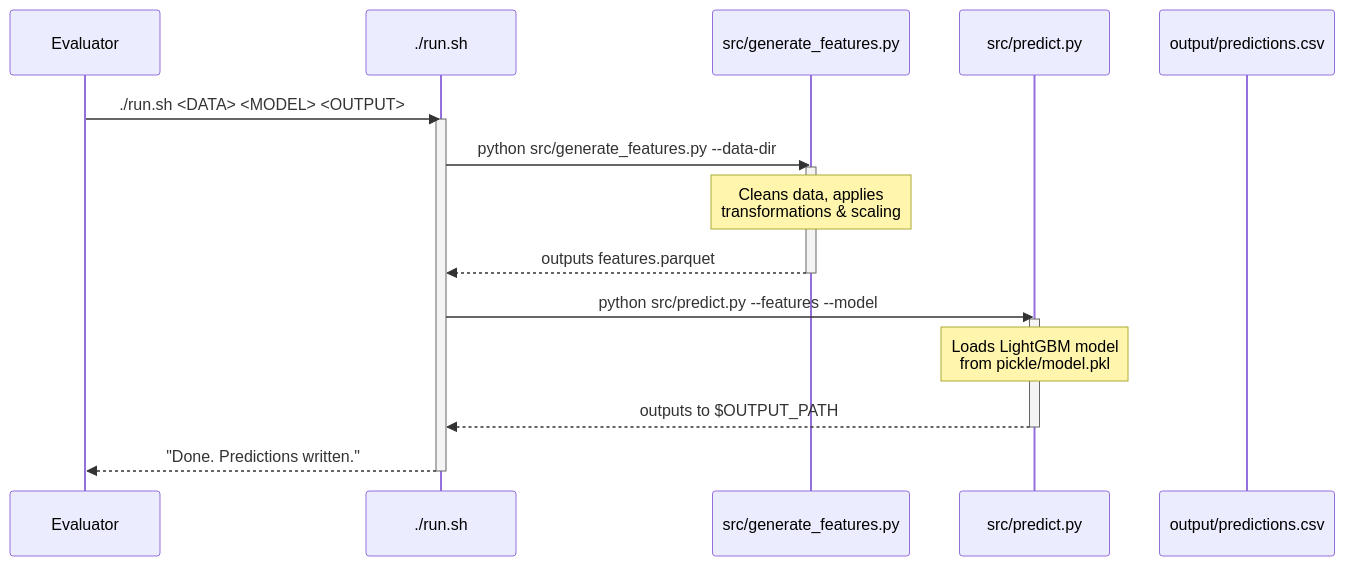
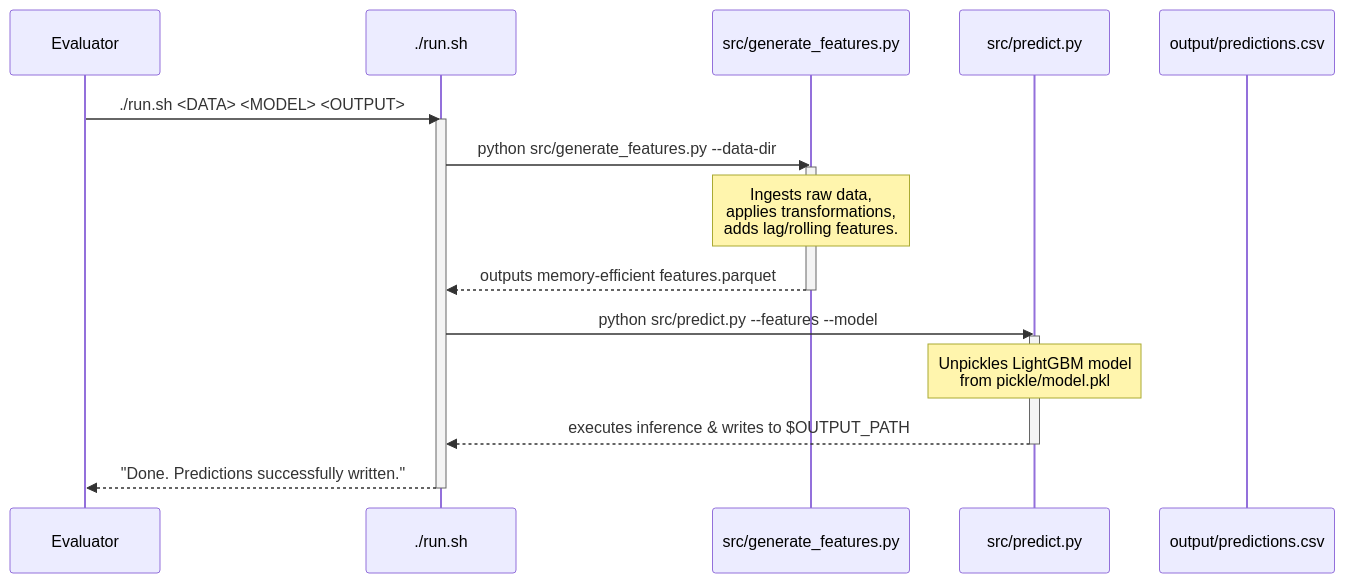
The third of 3 diagrams in README.md (DhruvPathak767/NetElixir-Hackathon), drawn with Mermaid before and after one commit. The commit also changed other lines of this file, not shown here.

Commit message:
docs: improve README documentation with architecture diagrams and feature breakdowns

````diff
--- a/README.md
+++ b/README.md
@@ -53,25 +140,25 @@
 ```mermaid
 sequenceDiagram
     participant Evaluator
     participant RunSH as ./run.sh
     participant FeatGen as src/generate_features.py
     participant Predict as src/predict.py
     participant Output as output/predictions.csv
 
     Evaluator->>RunSH: ./run.sh <DATA> <MODEL> <OUTPUT>
     activate RunSH
     RunSH->>FeatGen: python src/generate_features.py --data-dir
     activate FeatGen
-    Note over FeatGen: Cleans data, applies <br/> transformations & scaling
-    FeatGen-->>RunSH: outputs features.parquet
+    Note over FeatGen: Ingests raw data,<br/>applies transformations,<br/>adds lag/rolling features.
+    FeatGen-->>RunSH: outputs memory-efficient features.parquet
     deactivate FeatGen
     
     RunSH->>Predict: python src/predict.py --features --model
     activate Predict
-    Note over Predict: Loads LightGBM model <br/> from pickle/model.pkl
-    Predict-->>RunSH: outputs to $OUTPUT_PATH
+    Note over Predict: Unpickles LightGBM model <br/> from pickle/model.pkl
+    Predict-->>RunSH: executes inference & writes to $OUTPUT_PATH
     deactivate Predict
     
-    RunSH-->>Evaluator: "Done. Predictions written."
+    RunSH-->>Evaluator: "Done. Predictions successfully written."
     deactivate RunSH
 ```
````
